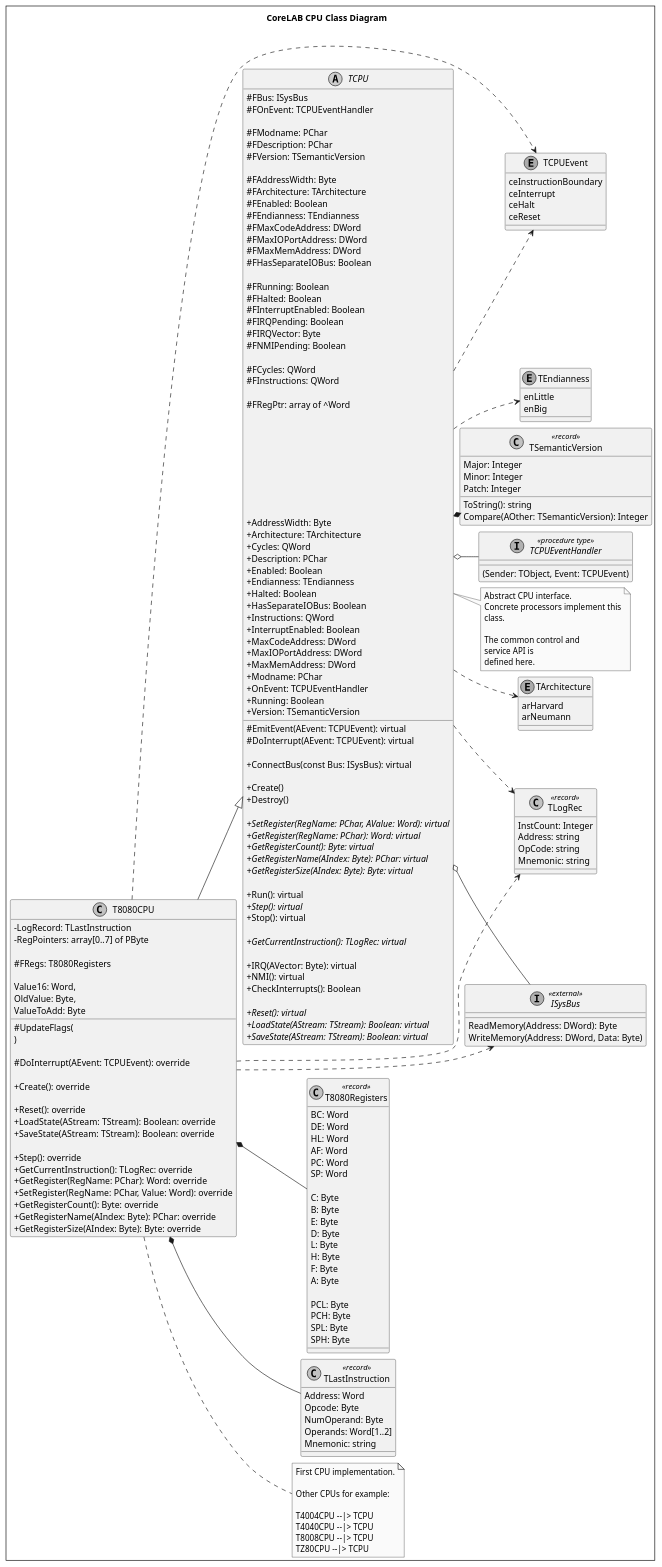
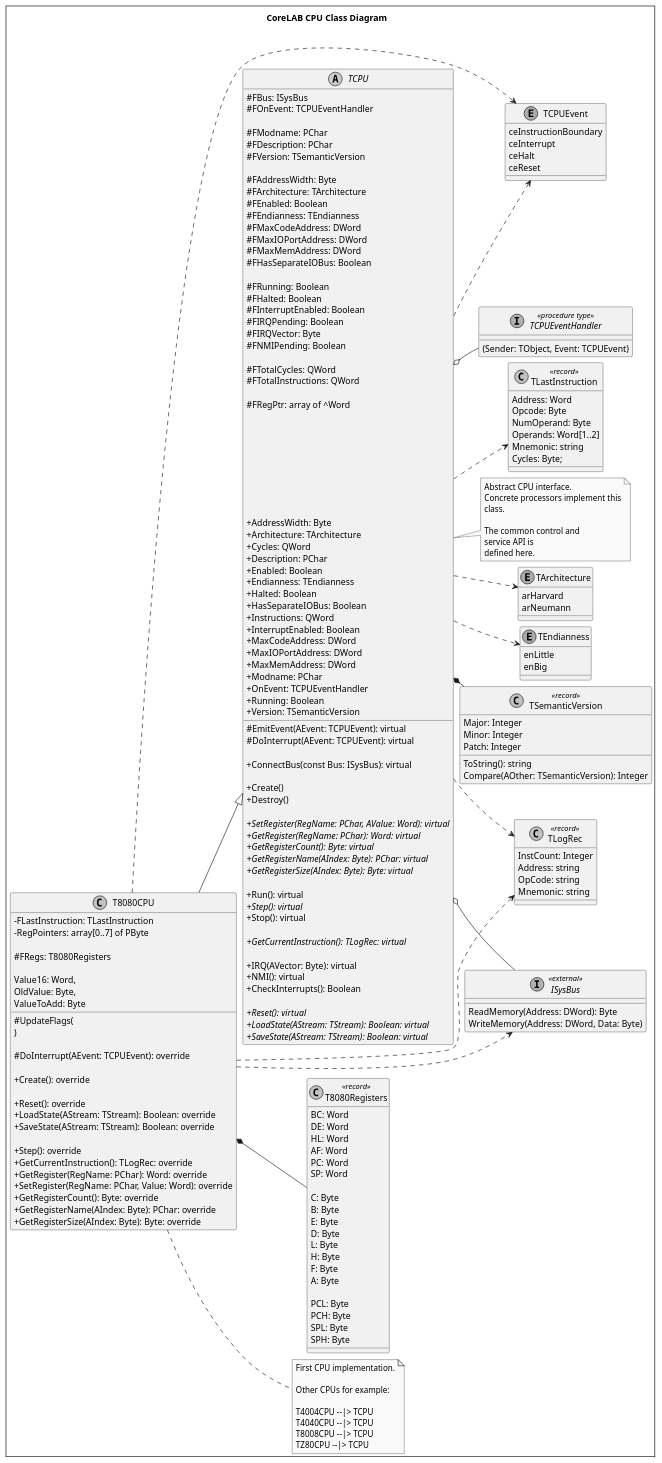
Before and after one commit to pozsarzs/corelab: the diagram in document/code/diagrams/source/class_cpu.puml, drawn with PlantUML. The commit also changed 42 other files, not shown here.

```diff
--- a/document/code/diagrams/source/class_cpu.puml
+++ b/document/code/diagrams/source/class_cpu.puml
@@ -94,8 +94,8 @@
     #FIRQVector: Byte
     #FNMIPending: Boolean
 
-    #FCycles: QWord
-    #FInstructions: QWord
+    #FTotalCycles: QWord
+    #FTotalInstructions: QWord
 
     #FRegPtr: array of ^Word
 
@@ -179,10 +179,11 @@
     NumOperand: Byte
     Operands: Word[1..2]
     Mnemonic: string
+    Cycles: Byte; 
 }
 
 class T8080CPU {
-    -LogRecord: TLastInstruction
+    -FLastInstruction: TLastInstruction
     -RegPointers: array[0..7] of PByte
 
     #FRegs: T8080Registers
@@ -222,11 +223,11 @@
 
 TCPU ..> TArchitecture
 TCPU ..> TEndianness
+TCPU ..> TLastInstruction
 TCPU ..> TCPUEvent
 TCPU ..> TLogRec
 
 T8080CPU *-- T8080Registers
-T8080CPU *-- TLastInstruction
 
 T8080CPU ..> TCPUEvent
 T8080CPU ..> ISysBus
```
